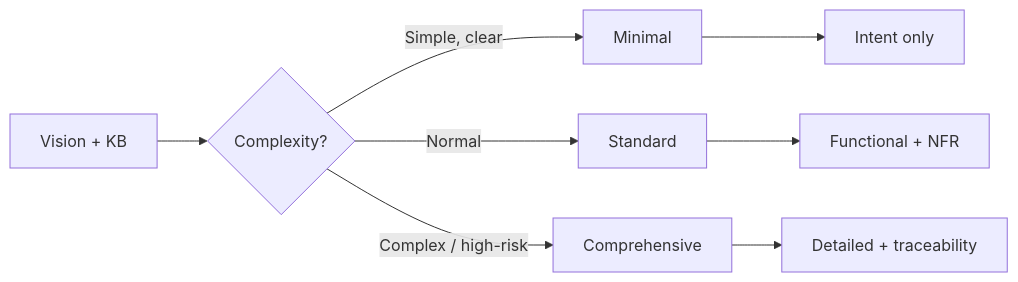
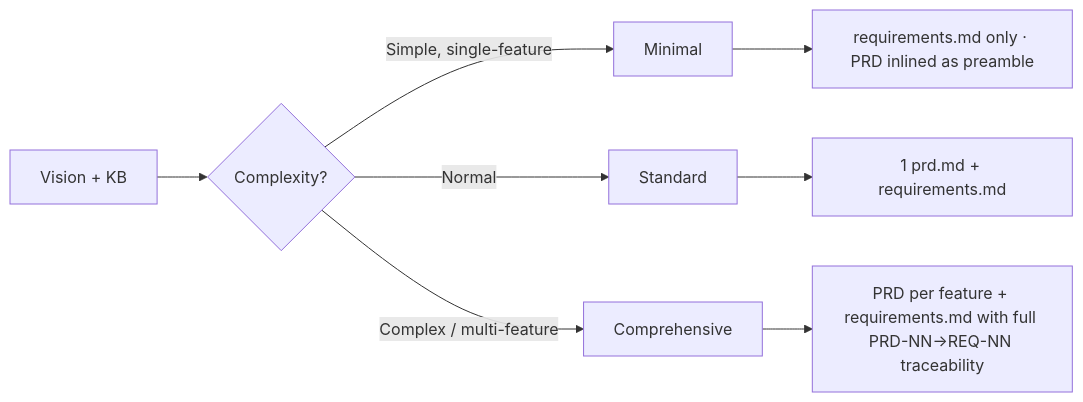
The diagram in packages/claude-code/aidlc-rule-details/inception/requirements-analysis.md (thangtmkafi/AI-DLC), drawn with Mermaid before and after one commit. The commit also changed other lines of this file and 21 other files, not shown here.

````diff
--- a/packages/claude-code/aidlc-rule-details/inception/requirements-analysis.md
+++ b/packages/claude-code/aidlc-rule-details/inception/requirements-analysis.md
@@ -11,10 +15,10 @@
 ```mermaid
 flowchart LR
     A[Vision + KB] --> D{Complexity?}
-    D -->|Simple, clear| M[Minimal]
+    D -->|Simple, single-feature| M[Minimal]
     D -->|Normal| S[Standard]
-    D -->|Complex / high-risk| C[Comprehensive]
-    M --> R[Intent only]
-    S --> R2[Functional + NFR]
-    C --> R3[Detailed + traceability]
+    D -->|Complex / multi-feature| C[Comprehensive]
+    M --> R[requirements.md only · PRD inlined as preamble]
+    S --> R2[1 prd.md + requirements.md]
+    C --> R3[PRD per feature + requirements.md with full PRD-NN→REQ-NN traceability]
 ```
````
